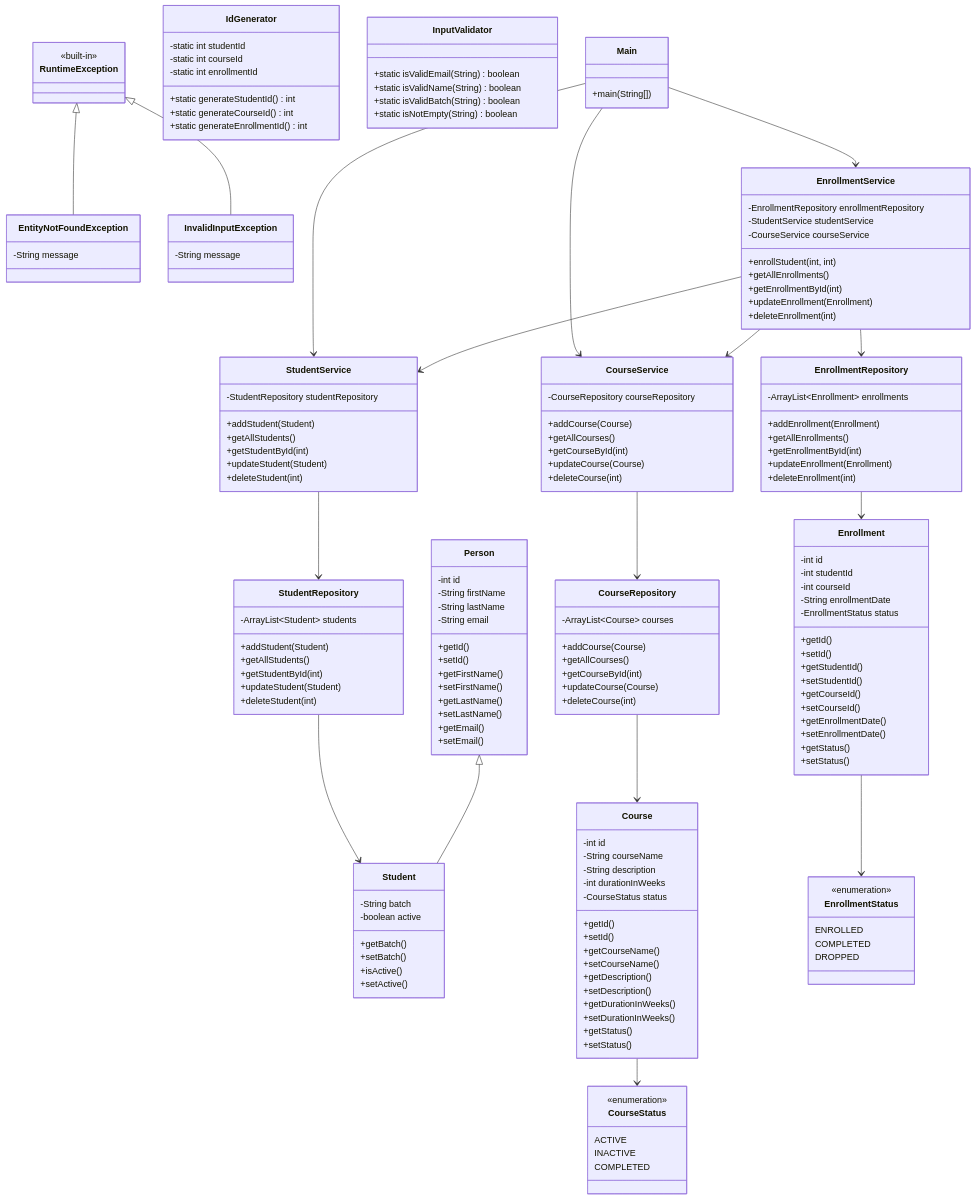
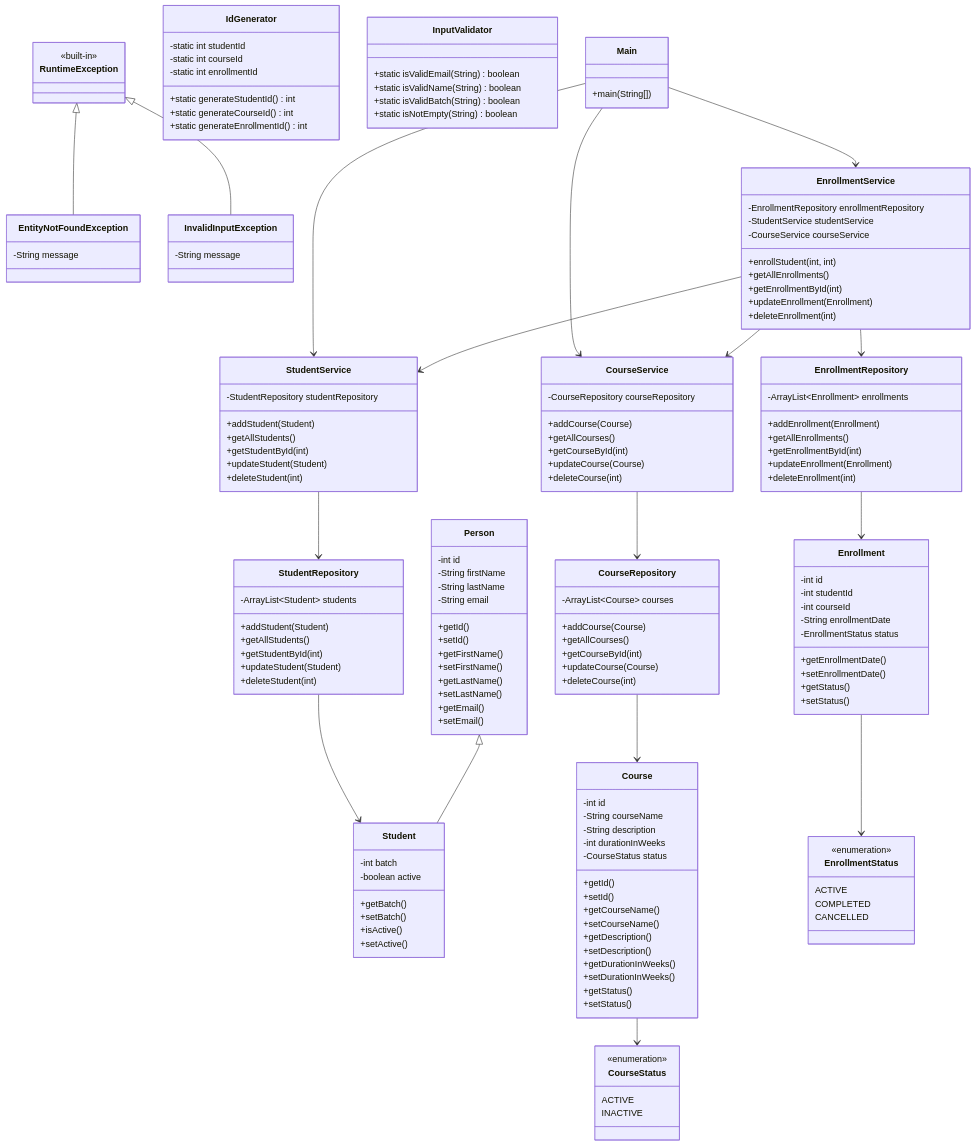
One commit to rohanrpatil3858-rp/LearnTrack changed the diagram in README.md. Above: the diagram before and after it, drawn with Mermaid.

Commit message:
changed class diagram

```diff
--- a/README.md
+++ b/README.md
@@ -83,7 +83,7 @@
     }
     
     class Student {
-        -String batch
+        -int batch
         -boolean active
         +getBatch()
         +setBatch()
@@ -115,12 +115,6 @@
         -int courseId
         -String enrollmentDate
         -EnrollmentStatus status
-        +getId()
-        +setId()
-        +getStudentId()
-        +setStudentId()
-        +getCourseId()
-        +setCourseId()
         +getEnrollmentDate()
         +setEnrollmentDate()
         +getStatus()
@@ -134,14 +128,13 @@
         <<enumeration>>
         ACTIVE
         INACTIVE
-        COMPLETED
     }
     
     class EnrollmentStatus {
         <<enumeration>>
-        ENROLLED
+        ACTIVE
         COMPLETED
-        DROPPED
+        CANCELLED
     }
     
     Course --> CourseStatus
```
